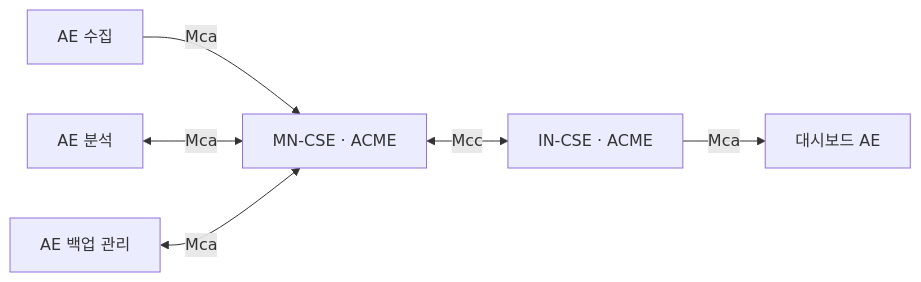
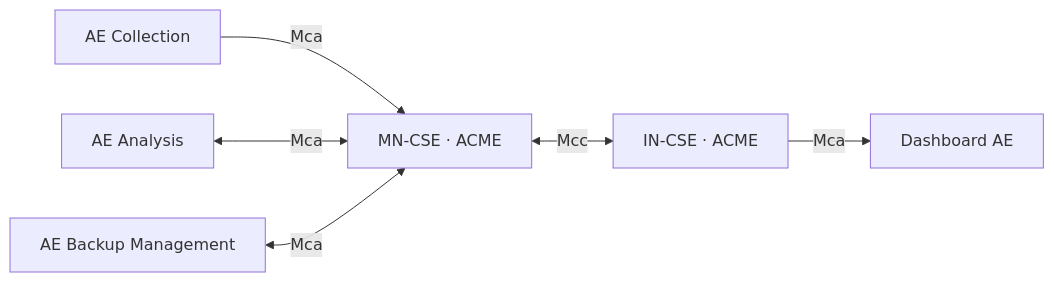
Before and after one commit to RangDev/quietfix: the diagram in README.md, drawn with Mermaid. The commit also changed other lines of this file and 22 other files, not shown here.

````diff
--- a/README.md
+++ b/README.md
@@ -9,8 +9,8 @@
 ```mermaid
 flowchart LR
-  C["AE 수집"] -->|Mca| MN["MN-CSE · ACME"]
-  A["AE 분석"] <-->|Mca| MN
-  B["AE 백업 관리"] <-->|Mca| MN
+  C["AE Collection"] -->|Mca| MN["MN-CSE · ACME"]
+  A["AE Analysis"] <-->|Mca| MN
+  B["AE Backup Management"] <-->|Mca| MN
   MN <-->|Mcc| IN["IN-CSE · ACME"]
-  IN -->|Mca| D["대시보드 AE"]
+  IN -->|Mca| D["Dashboard AE"]
 ```
````
